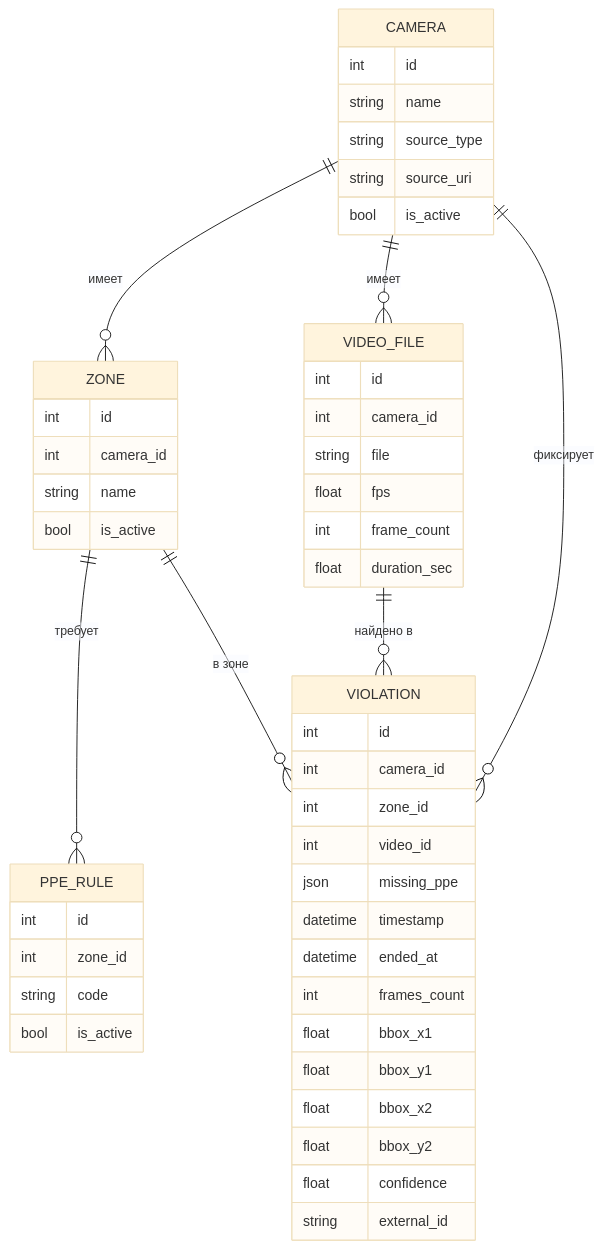
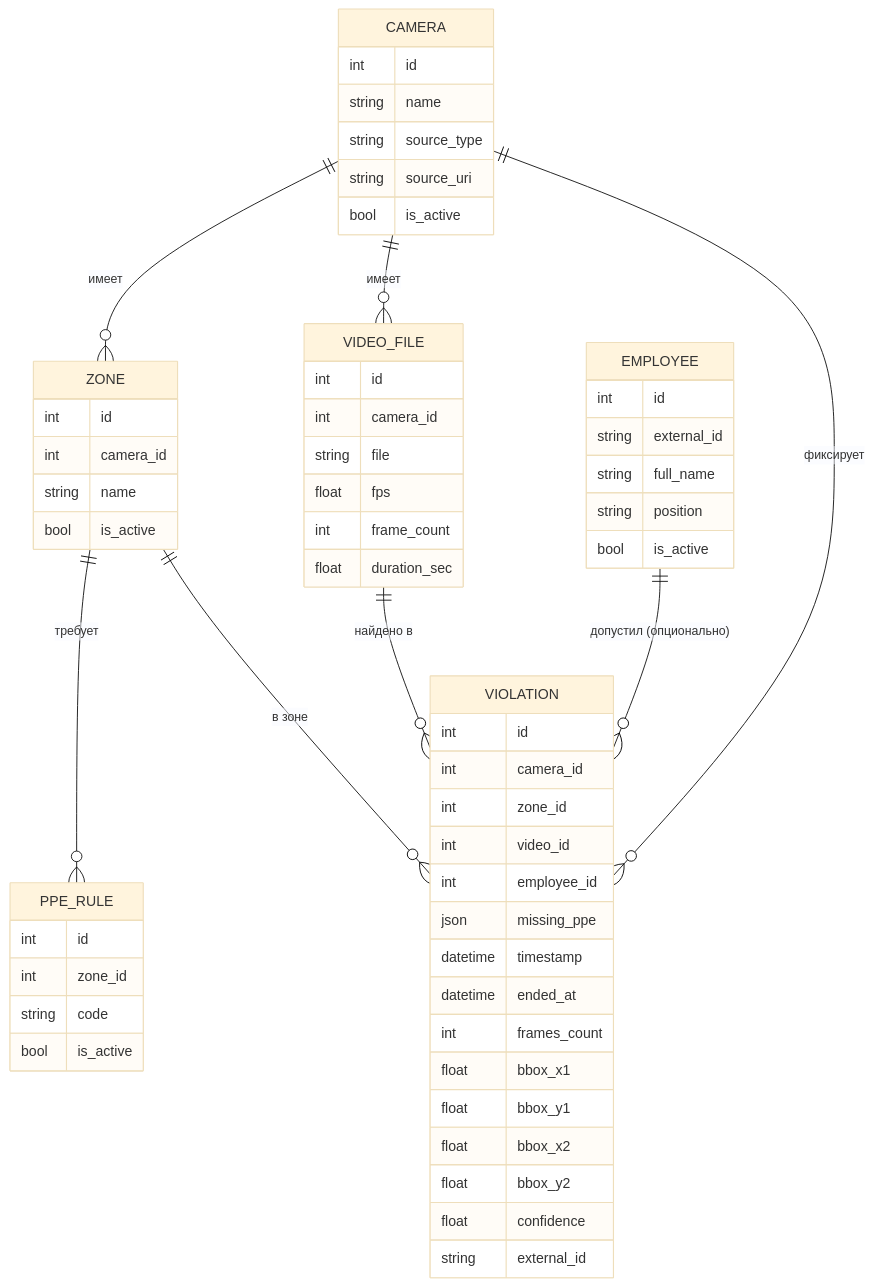
Before and after one commit to ppe-monitoring/axeleretor_cvat: the diagram in docs/er-diagram.md, drawn with Mermaid (base theme). The commit also changed other lines of this file and 4 other files, not shown here.

Commit message:
db: Employee model, seed_demo command, ER update

````diff
--- a/docs/er-diagram.md
+++ b/docs/er-diagram.md
@@ -3,30 +3,33 @@
 ```mermaid
 erDiagram
     CAMERA ||--o{ ZONE : "имеет"
     CAMERA ||--o{ VIDEO_FILE : "имеет"
     CAMERA ||--o{ VIOLATION : "фиксирует"
     ZONE ||--o{ PPE_RULE : "требует"
     ZONE ||--o{ VIOLATION : "в зоне"
     VIDEO_FILE ||--o{ VIOLATION : "найдено в"
+    EMPLOYEE ||--o{ VIOLATION : "допустил (опционально)"
 
     CAMERA { int id string name string source_type string source_uri bool is_active }
     ZONE { int id int camera_id string name bool is_active }
     PPE_RULE { int id int zone_id string code bool is_active }
     VIDEO_FILE { int id int camera_id string file float fps int frame_count float duration_sec }
+    EMPLOYEE { int id string external_id string full_name string position bool is_active }
     VIOLATION {
         int id
         int camera_id
         int zone_id
         int video_id
+        int employee_id
         json missing_ppe
         datetime timestamp
         datetime ended_at
         int frames_count
         float bbox_x1
         float bbox_y1
         float bbox_x2
         float bbox_y2
         float confidence
         string external_id
     }
 ```
````
